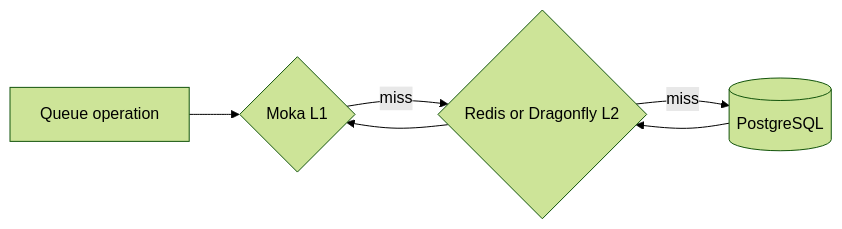
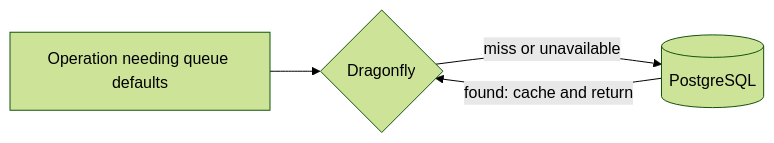
One commit to karanbalani/retsu changed the second of 2 diagrams in docs/caching.md. Above: the diagram before and after it, drawn with Mermaid (forest theme). The commit also changed other lines of this file and 27 other files, not shown here.

Commit message:
refactor: cache immutable queue names only

````diff
--- a/docs/caching.md
+++ b/docs/caching.md
@@ -103,8 +93,6 @@
 ```mermaid
 flowchart LR
-    Operation["Queue operation"] --> L1{"Moka L1"}
-    L1 -->|"miss"| L2{"Redis or Dragonfly L2"}
-    L2 -->|"miss"| Database[("PostgreSQL")]
-    Database --> L2
-    L2 --> L1
+    Operation["Operation needing queue defaults"] --> Shared{"Dragonfly"}
+    Shared -->|"miss or unavailable"| Database[("PostgreSQL")]
+    Database -->|"found: cache and return"| Shared
 ```
````
